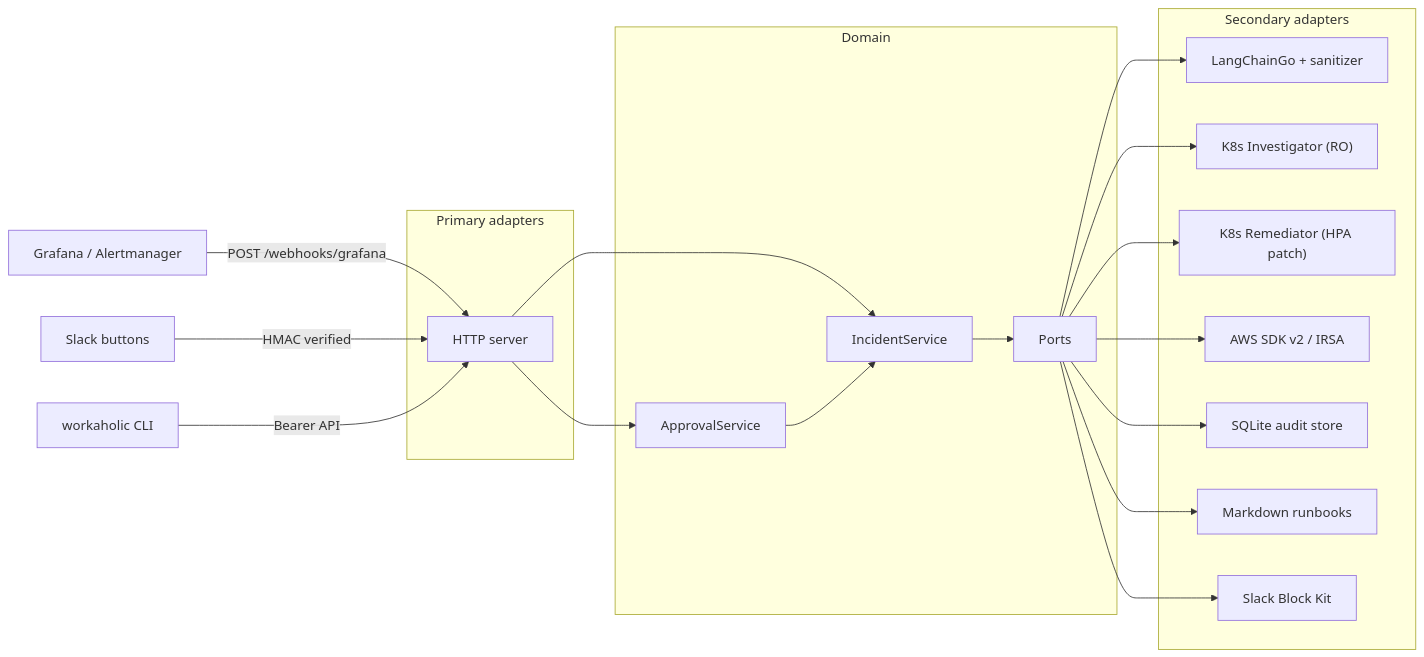
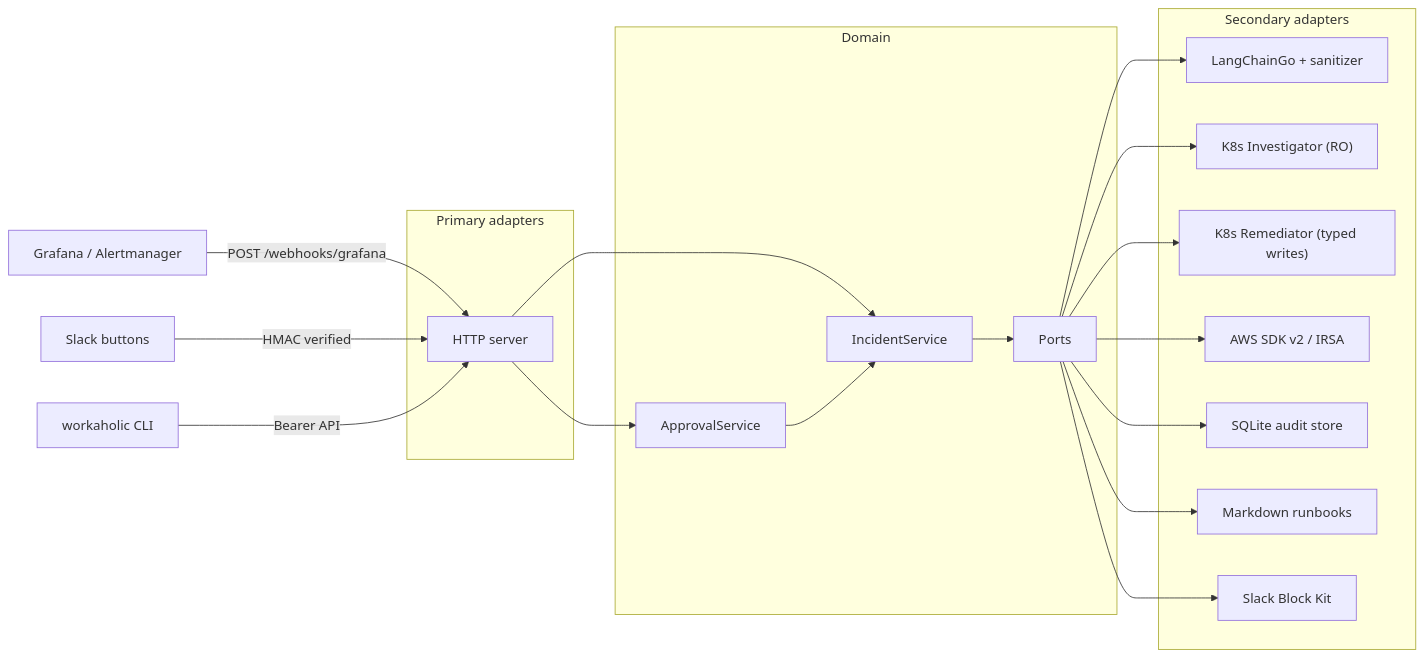
One commit to maisumvictor/workaholic changed the diagram in README.md. Above: the diagram before and after it, drawn with Mermaid. The commit also changed other lines of this file and 16 other files, not shown here.

First line of the commit message:
Add typed remediator catalog and post-remediation verification

````diff
--- a/README.md
+++ b/README.md
@@ -13,38 +13,38 @@
 ```mermaid
 flowchart LR
   Grafana["Grafana / Alertmanager"] -->|POST /webhooks/grafana| HTTP
   SlackUI["Slack buttons"] -->|HMAC verified| HTTP
   CLI["workaholic CLI"] -->|Bearer API| HTTP
 
   subgraph primary [Primary adapters]
     HTTP["HTTP server"]
   end
 
   subgraph core [Domain]
     IS["IncidentService"]
     AS["ApprovalService"]
     P["Ports"]
   end
 
   subgraph secondary [Secondary adapters]
     LLM["LangChainGo + sanitizer"]
     K8sR["K8s Investigator (RO)"]
-    K8sW["K8s Remediator (HPA patch)"]
+    K8sW["K8s Remediator (typed writes)"]
     AWS["AWS SDK v2 / IRSA"]
     SQLite["SQLite audit store"]
     RB["Markdown runbooks"]
     Slack["Slack Block Kit"]
   end
 
   HTTP --> IS
   HTTP --> AS
   IS --> P
   AS --> IS
   P --> LLM
   P --> K8sR
   P --> K8sW
   P --> AWS
   P --> SQLite
   P --> RB
   P --> Slack
 ```
````
